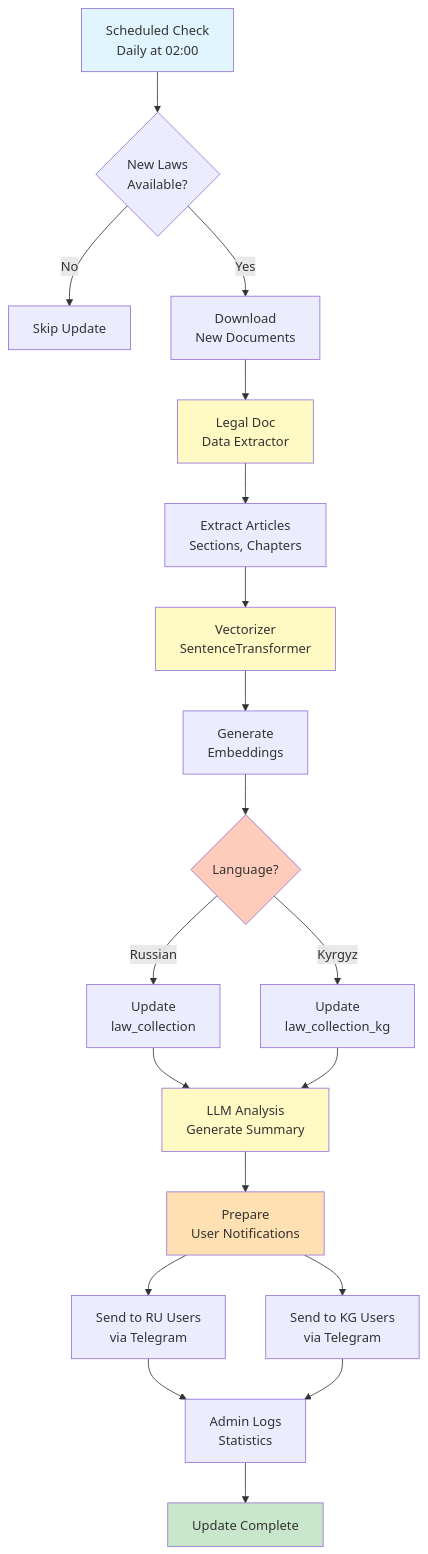
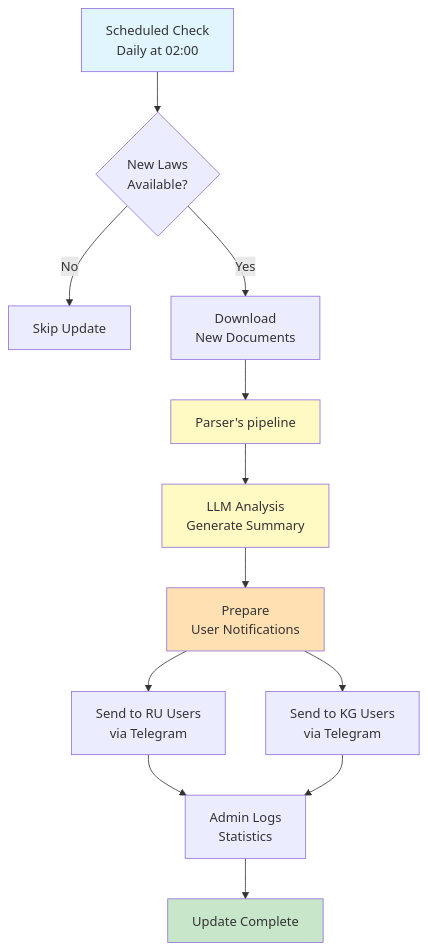
Before and after one commit to Hanbiike/law-rag-system: the fourth of 5 diagrams in README.md, drawn with Mermaid. The commit also changed other lines of this file and 1 other file, not shown here.

````diff
--- a/README.md
+++ b/README.md
@@ -490,41 +490,27 @@
 ```mermaid
 flowchart TD
     A[Scheduled Check<br/>Daily at 02:00] --> B{New Laws<br/>Available?}
     
     B -->|No| C[Skip Update]
     B -->|Yes| D[Download<br/>New Documents]
     
-    D --> E[Legal Doc<br/>Data Extractor]
+    D --> E[Parser's pipeline]
     
-    E --> F[Extract Articles<br/>Sections, Chapters]
-    
-    F --> G[Vectorizer<br/>SentenceTransformer]
-    
-    G --> H[Generate<br/>Embeddings]
-    
-    H --> I{Language?}
-    
-    I -->|Russian| J1[Update<br/>law_collection]
-    I -->|Kyrgyz| J2[Update<br/>law_collection_kg]
-    
-    J1 --> K[LLM Analysis<br/>Generate Summary]
-    J2 --> K
+    E --> K[LLM Analysis<br/>Generate Summary]
     
     K --> L[Prepare<br/>User Notifications]
     
     L --> M1[Send to RU Users<br/>via Telegram]
     L --> M2[Send to KG Users<br/>via Telegram]
     
     M1 --> N[Admin Logs<br/>Statistics]
     M2 --> N
     
     N --> O[Update Complete]
     
     style A fill:#e1f5ff
     style O fill:#c8e6c9
     style E fill:#fff9c4
-    style G fill:#fff9c4
     style K fill:#fff9c4
-    style I fill:#ffccbc
     style L fill:#ffe0b2
 ```
````
